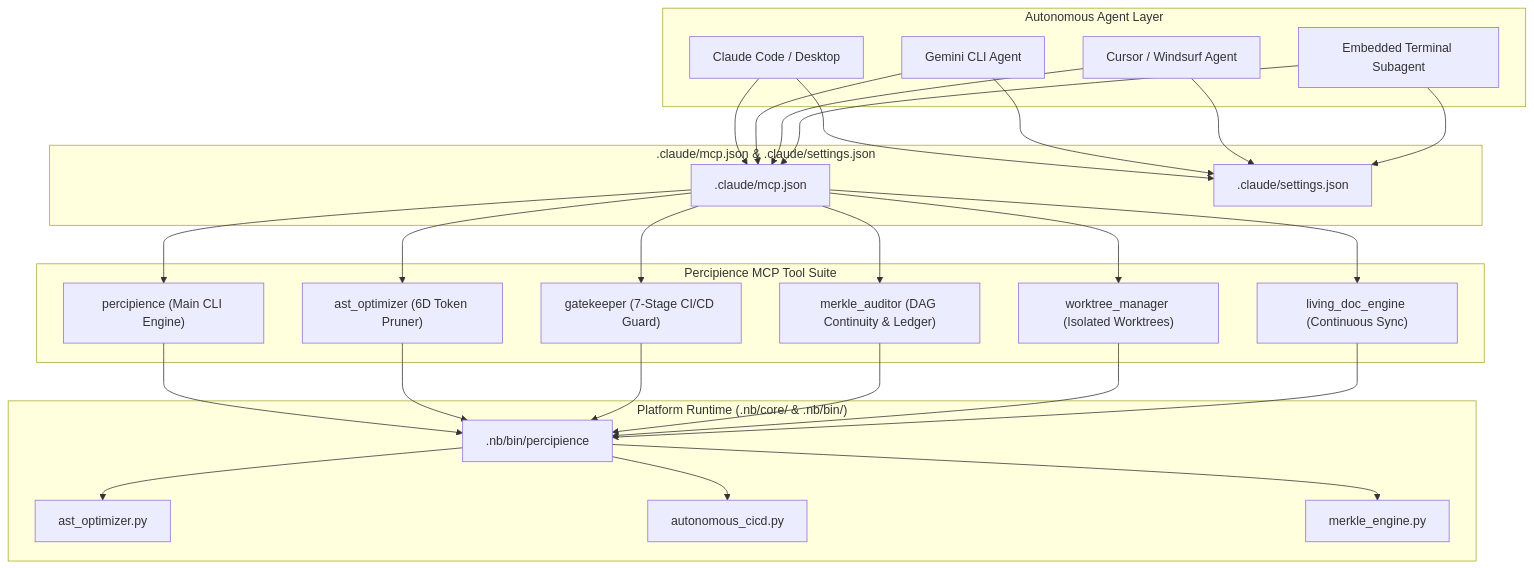
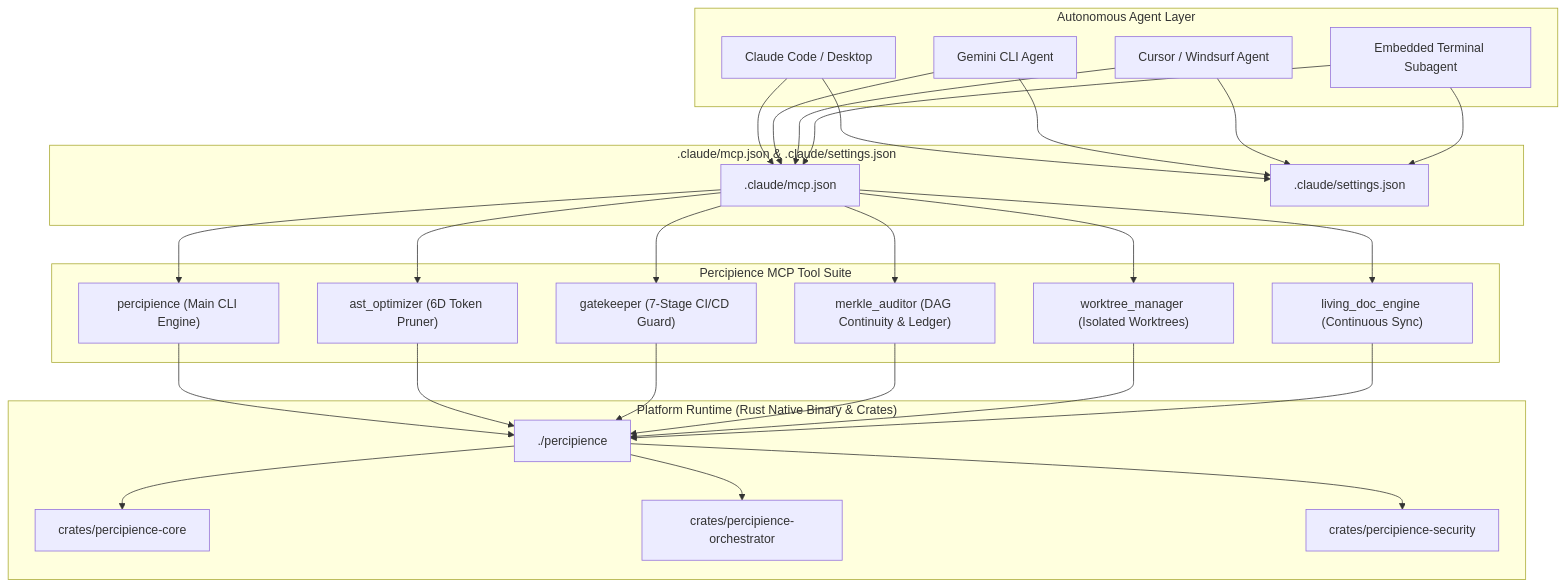
The fourth of 4 diagrams in .nb/plan/l1/intellij-pycharm-plugin/detailed.md (lakhwindersingh/nb_fairyfly), drawn with Mermaid before and after one commit. The commit also changed other lines of this file and 66 other files, not shown here.

````diff
--- a/.nb/plan/l1/intellij-pycharm-plugin/detailed.md
+++ b/.nb/plan/l1/intellij-pycharm-plugin/detailed.md
@@ -433,37 +433,37 @@
 ```mermaid
 graph TD
   subgraph External_Agents["Autonomous Agent Layer"]
     ClaudeCode["Claude Code / Desktop"]
     GeminiAgent["Gemini CLI Agent"]
     CursorAgent["Cursor / Windsurf Agent"]
     TerminalAgent["Embedded Terminal Subagent"]
   end
 
   subgraph MCP_Config[".claude/mcp.json & .claude/settings.json"]
     MCP_Json[".claude/mcp.json"]
     Settings_Json[".claude/settings.json"]
   end
 
   subgraph Percipience_MCP_Servers["Percipience MCP Tool Suite"]
     McpCli["percipience (Main CLI Engine)"]
     McpAst["ast_optimizer (6D Token Pruner)"]
     McpGate["gatekeeper (7-Stage CI/CD Guard)"]
     McpMerkle["merkle_auditor (DAG Continuity & Ledger)"]
     McpWt["worktree_manager (Isolated Worktrees)"]
     McpDoc["living_doc_engine (Continuous Sync)"]
   end
 
-  subgraph Platform_Core["Platform Runtime (.nb/core/ & .nb/bin/)"]
-    BinCli[".nb/bin/percipience"]
-    AstCore["ast_optimizer.py"]
-    CicdCore["autonomous_cicd.py"]
-    MerkleCore["merkle_engine.py"]
+  subgraph Platform_Core["Platform Runtime (Rust Native Binary & Crates)"]
+    BinCli["./percipience"]
+    AstCore["crates/percipience-core"]
+    CicdCore["crates/percipience-orchestrator"]
+    MerkleCore["crates/percipience-security"]
   end
 
   ClaudeCode & GeminiAgent & CursorAgent & TerminalAgent --> MCP_Json
   ClaudeCode & GeminiAgent & CursorAgent & TerminalAgent --> Settings_Json
 
   MCP_Json --> McpCli & McpAst & McpGate & McpMerkle & McpWt & McpDoc
   McpCli & McpAst & McpGate & McpMerkle & McpWt & McpDoc --> BinCli
   BinCli --> AstCore & CicdCore & MerkleCore
 ```
````
